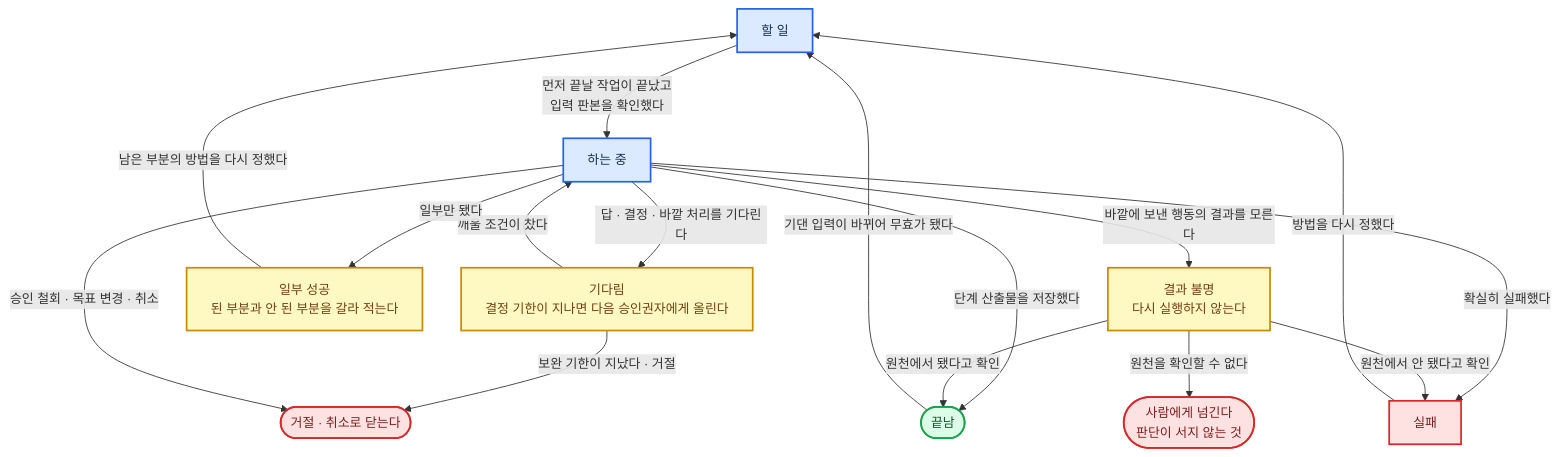
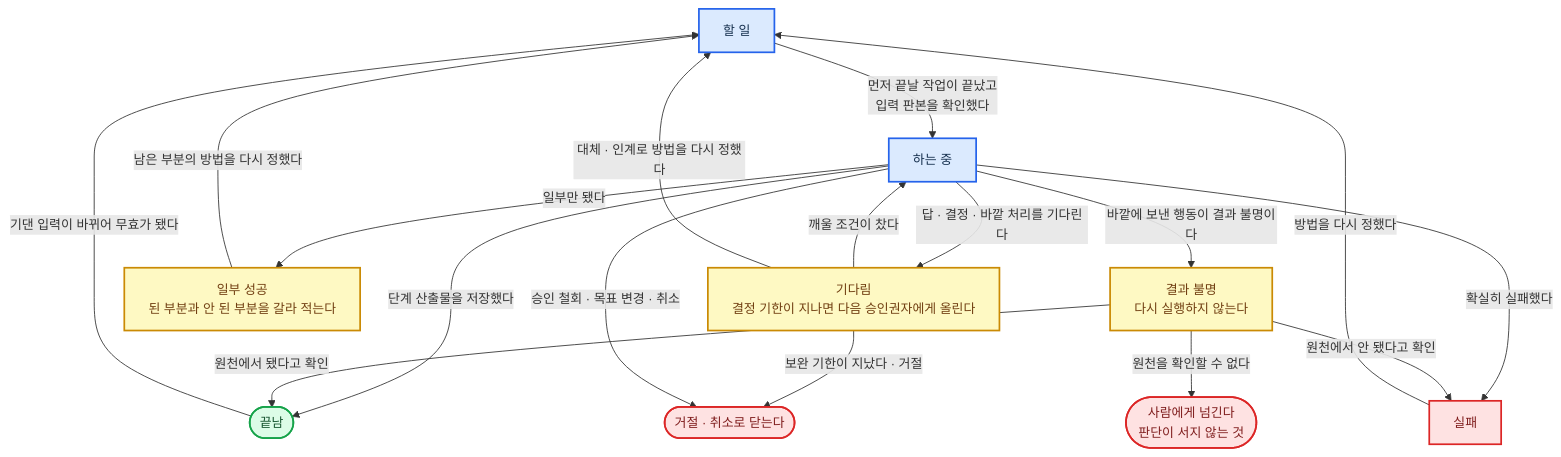
Before and after one commit to harisbaguette/expert: the eighth of 26 diagrams in 전문가 에이전트 정의 2.md, drawn with Mermaid. The commit also changed other lines of this file and 7 other files, not shown here.

````diff
--- a/전문가 에이전트 정의 2.md
+++ b/전문가 에이전트 정의 2.md
@@ -838,21 +954,22 @@
 ```mermaid
 %%{init: {"flowchart": {"wrappingWidth": 640, "curve": "basis", "nodeSpacing": 45, "rankSpacing": 55, "padding": 14, "useMaxWidth": true}, "themeVariables": {"fontSize": "15px"}} }%%
 flowchart TB
     classDef main fill:#dbeafe,stroke:#2563eb,stroke-width:2px,color:#17314f
     classDef stop fill:#fee2e2,stroke:#dc2626,stroke-width:2px,color:#7f1d1d
     classDef good fill:#dcfce7,stroke:#16a34a,stroke-width:2px,color:#14532d
     classDef note fill:#fef9c3,stroke:#ca8a04,stroke-width:2px,color:#713f12
     TODO["할 일"]:::main -- "먼저 끝날 작업이 끝났고<br/>입력 판본을 확인했다" --> DOING["하는 중"]:::main -- "단계 산출물을 저장했다" --> DONE(["끝남"]):::good
     DOING -- "답 · 결정 · 바깥 처리를 기다린다" --> WAIT["기다림<br/>결정 기한이 지나면 다음 승인권자에게 올린다"]:::note
     WAIT -- "깨울 조건이 찼다" --> DOING
     WAIT -- "보완 기한이 지났다 · 거절" --> CLOSE(["거절 · 취소로 닫는다"]):::stop
+    WAIT -- "대체 · 인계로 방법을 다시 정했다" --> TODO
     DOING -- "승인 철회 · 목표 변경 · 취소" --> CLOSE
     DOING -- "일부만 됐다" --> PART["일부 성공<br/>된 부분과 안 된 부분을 갈라 적는다"]:::note
-    DOING -- "바깥에 보낸 행동의 결과를 모른다" --> UNK["결과 불명<br/>다시 실행하지 않는다"]:::note
+    DOING -- "바깥에 보낸 행동이 결과 불명이다" --> UNK["결과 불명<br/>다시 실행하지 않는다"]:::note
     UNK -- "원천에서 됐다고 확인" --> DONE
     DOING -- "확실히 실패했다" --> FAIL["실패"]:::stop
     UNK -- "원천을 확인할 수 없다" --> HUMAN(["사람에게 넘긴다<br/>판단이 서지 않는 것"]):::stop
     PART -- "남은 부분의 방법을 다시 정했다" --> TODO
     UNK -- "원천에서 안 됐다고 확인" --> FAIL -- "방법을 다시 정했다" --> TODO
     DONE -- "기댄 입력이 바뀌어 무효가 됐다" --> TODO
 ```
````
